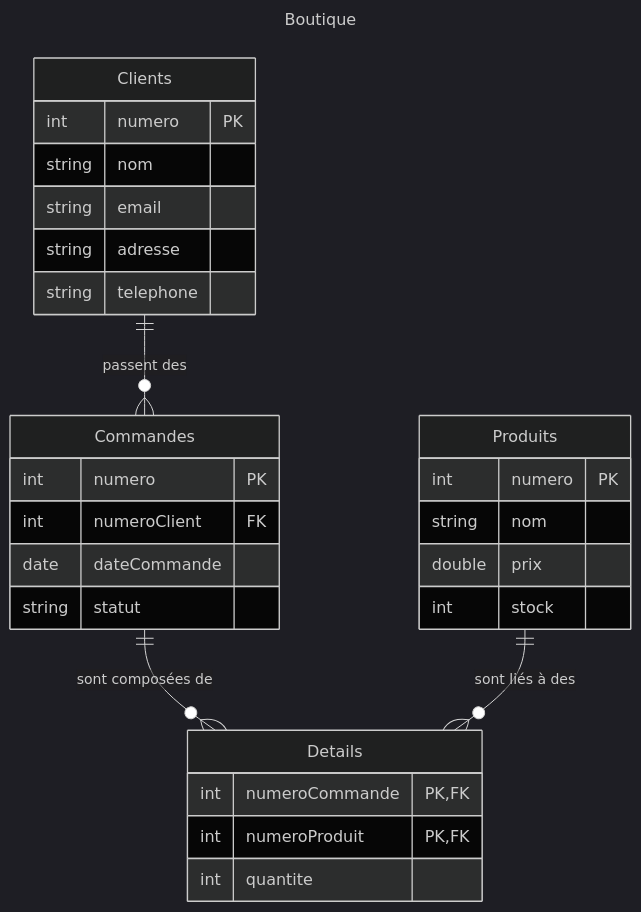
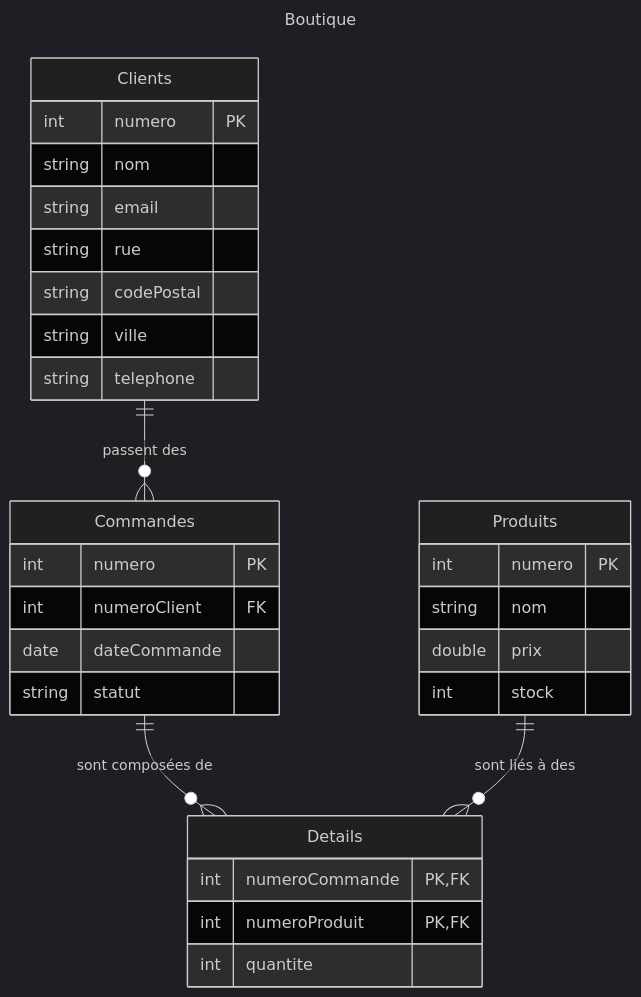
One commit to erralb/bdd changed the diagram in public/sample/ecommerce/ecommerce-fr-erd-v1.md. Above: the diagram before and after it, drawn with Mermaid (dark theme). The commit also changed 3 other files, not shown here.

````diff
--- a/public/sample/ecommerce/ecommerce-fr-erd-v1.md
+++ b/public/sample/ecommerce/ecommerce-fr-erd-v1.md
@@ -1,37 +1,39 @@
 ```mermaid
 ---
 title: Boutique
 ---
 erDiagram
     Clients {
         int numero PK
         string nom
         string email
-        string adresse
+        string rue
+        string codePostal
+        string ville
         string telephone
     }
 
     Commandes {
         int numero PK
         int numeroClient FK
         date dateCommande
         string statut
     }
 
     Produits {
         int numero PK
         string nom
         double prix
         int stock
     }
 
     Details {
         int numeroCommande PK, FK
         int numeroProduit PK, FK
         int quantite
     }
 
     Clients ||--o{ Commandes : "passent des"
     Commandes ||--o{ Details : "sont composées de"
     Produits ||--o{ Details : "sont liés à des"
 ```
````
